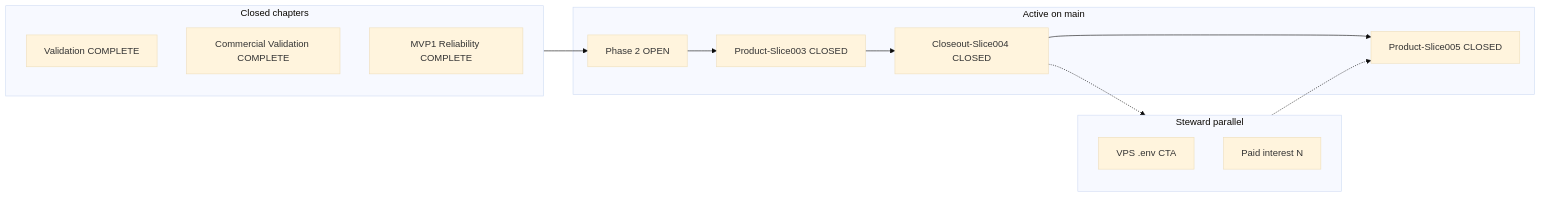
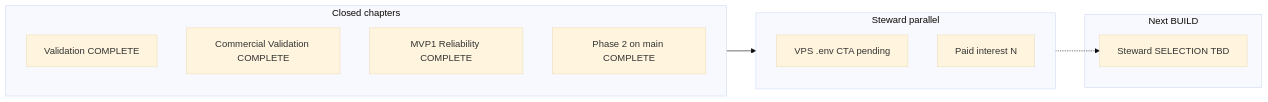
One commit to DanielTabakman/Probability-prediction-engine changed the diagram in docs/SOP/PPE_INTEGRATED_STATUS.md. Above: the diagram before and after it, drawn with Mermaid (base theme). The commit also changed other lines of this file and 10 other files, not shown here.

First line of the commit message:
Phase 2 Slice006: trust strip MVP1 disclosure; chapter closeout.

````diff
--- a/docs/SOP/PPE_INTEGRATED_STATUS.md
+++ b/docs/SOP/PPE_INTEGRATED_STATUS.md
@@ -12,22 +12,18 @@
 ```mermaid
 flowchart LR
   subgraph closed [Closed chapters]
     V[Validation COMPLETE]
     C[Commercial Validation COMPLETE]
     R[MVP1 Reliability COMPLETE]
-  end
-  subgraph active [Active on main]
-    P2[Phase 2 OPEN]
-    S003[Product-Slice003 CLOSED]
-    S004[Closeout-Slice004 CLOSED]
-    S005[Product-Slice005 CLOSED]
+    P2[Phase 2 on main COMPLETE]
   end
   subgraph steward [Steward parallel]
-    ENV[VPS .env CTA]
+    ENV[VPS .env CTA pending]
     PI[Paid interest N]
   end
-  closed --> P2
-  P2 --> S003 --> S004 --> S005
-  S004 -.-> steward
-  steward -.-> S005
+  subgraph next [Next BUILD]
+    SEL[Steward SELECTION TBD]
+  end
+  closed --> steward
+  steward -.-> SEL
 ```
````
